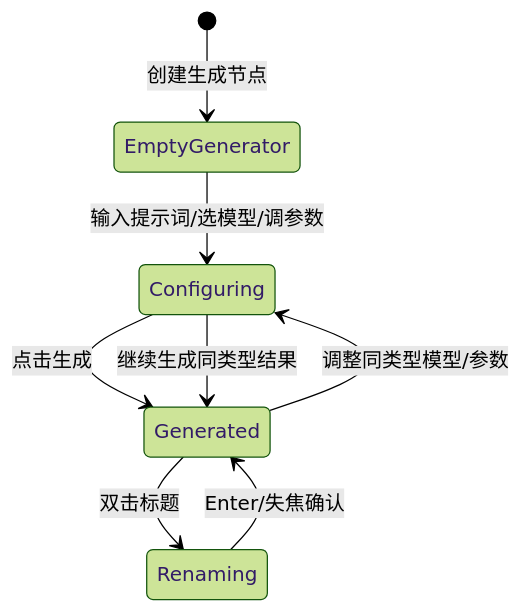
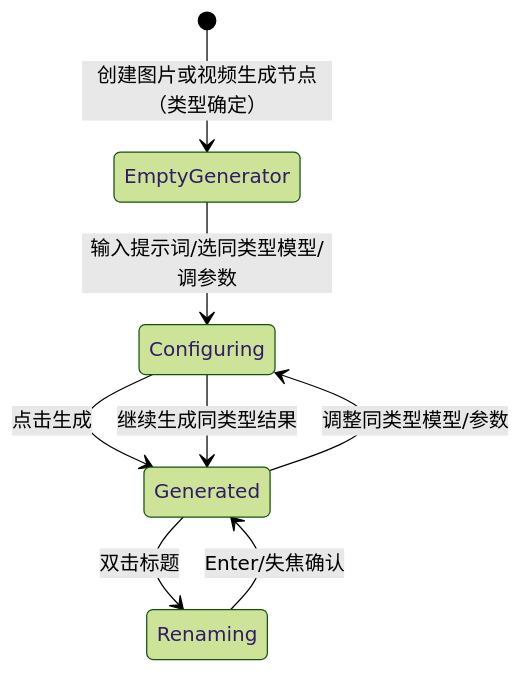
One commit to Heo7n/reelay-canvas-prototype changed the second of 2 diagrams in docs/current-product-spec.md. Above: the diagram before and after it, drawn with Mermaid (forest theme). The commit also changed other lines of this file and 22 other files, not shown here.

````diff
--- a/docs/current-product-spec.md
+++ b/docs/current-product-spec.md
@@ -363,10 +363,10 @@
 ```mermaid
 stateDiagram-v2
-  [*] --> EmptyGenerator: 创建生成节点
-  EmptyGenerator --> Configuring: 输入提示词/选模型/调参数
+  [*] --> EmptyGenerator: 创建图片或视频生成节点（类型确定）
+  EmptyGenerator --> Configuring: 输入提示词/选同类型模型/调参数
   Configuring --> Generated: 点击生成
   Generated --> Renaming: 双击标题
   Renaming --> Generated: Enter/失焦确认
   Generated --> Configuring: 调整同类型模型/参数
   Configuring --> Generated: 继续生成同类型结果
 ```
````
